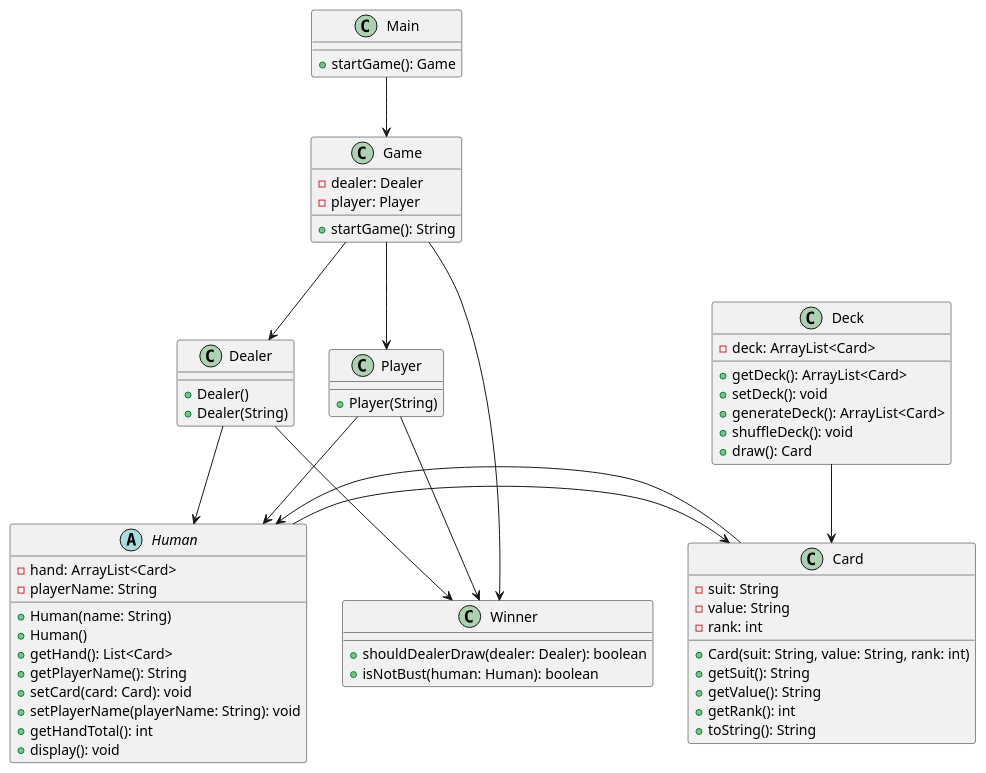
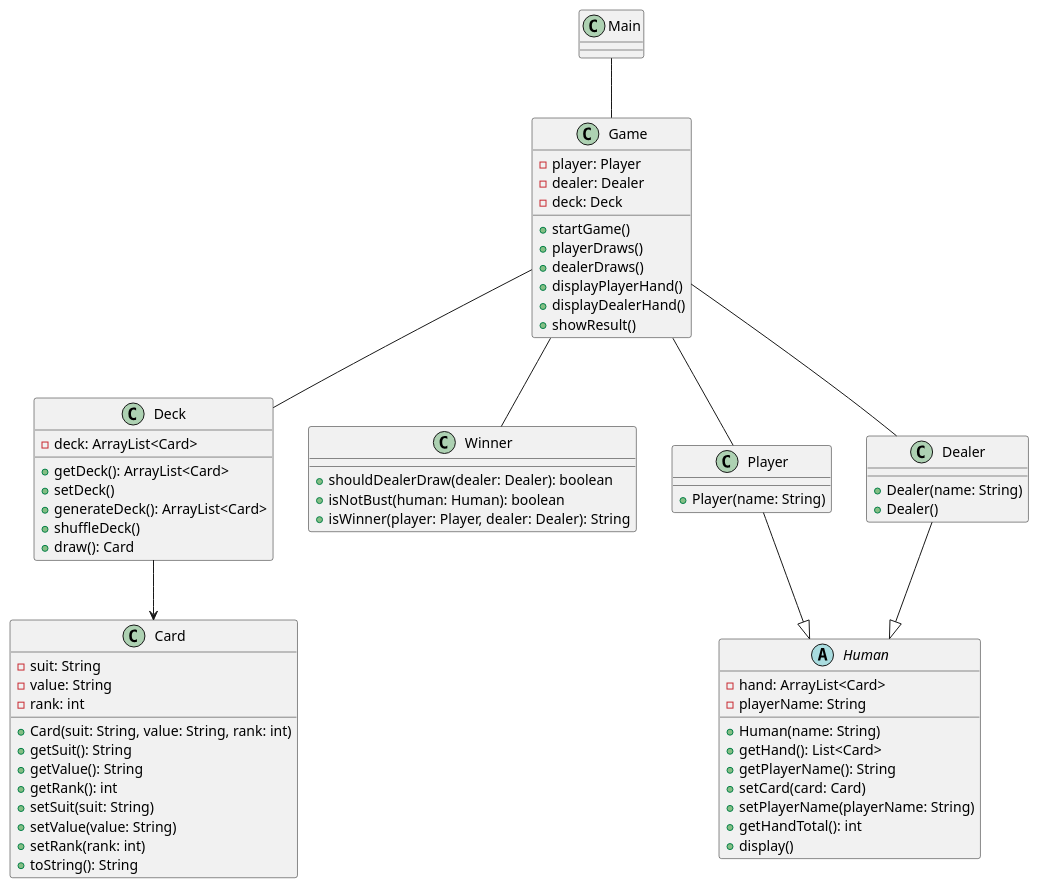
Before and after one commit to takeshi-arihori/apprentice-practice: the diagram in quests/quests_week1-2/quest_blackjack/class_diagram.pu, drawn with PlantUML. The commit also changed 13 other files, not shown here.

```diff
--- a/quests/quests_week1-2/quest_blackjack/class_diagram.pu
+++ b/quests/quests_week1-2/quest_blackjack/class_diagram.pu
@@ -1,73 +1,77 @@
 @startuml
 
 class Main {
-  + startGame(): Game
+}
+
+class Game {
+  -player: Player
+  -dealer: Dealer
+  -deck: Deck
+  +startGame()
+  +playerDraws()
+  +dealerDraws()
+  +displayPlayerHand()
+  +displayDealerHand()
+  +showResult()
 }
 
 class Card {
-    -suit: String
-    -value: String
-    -rank: int
-    +Card(suit: String, value: String, rank: int)
-    +getSuit(): String
-    +getValue(): String
-    +getRank(): int
-    +toString(): String
+  -suit: String
+  -value: String
+  -rank: int
+  +Card(suit: String, value: String, rank: int)
+  +getSuit(): String
+  +getValue(): String
+  +getRank(): int
+  +setSuit(suit: String)
+  +setValue(value: String)
+  +setRank(rank: int)
+  +toString(): String
 }
 
 class Deck {
-  - deck: ArrayList<Card>
-  + getDeck(): ArrayList<Card>
-  + setDeck(): void
-  + generateDeck(): ArrayList<Card>
-  + shuffleDeck(): void
-  + draw(): Card
+  -deck: ArrayList<Card>
+  +getDeck(): ArrayList<Card>
+  +setDeck()
+  +generateDeck(): ArrayList<Card>
+  +shuffleDeck()
+  +draw(): Card
+}
+
+class Winner {
+  +shouldDealerDraw(dealer: Dealer): boolean
+  +isNotBust(human: Human): boolean
+  +isWinner(player: Player, dealer: Dealer): String
 }
 
 abstract class Human {
-    -hand: ArrayList<Card>
-    -playerName: String
-    +Human(name: String)
-    +Human()
-    +getHand(): List<Card>
-    +getPlayerName(): String
-    +setCard(card: Card): void
-    +setPlayerName(playerName: String): void
-    +getHandTotal(): int
-    +display(): void
-}
-
-
-class Dealer {
-  +Dealer()
-  +Dealer(String)
+  -hand: ArrayList<Card>
+  -playerName: String
+  +Human(name: String)
+  +getHand(): List<Card>
+  +getPlayerName(): String
+  +setCard(card: Card)
+  +setPlayerName(playerName: String)
+  +getHandTotal(): int
+  +display()
 }
 
 class Player {
-  +Player(String)
+  +Player(name: String)
 }
 
-class Game {
-    - dealer: Dealer
-    - player: Player
-    + startGame(): String
+class Dealer {
+  +Dealer(name: String)
+  +Dealer()
 }
 
-class Winner {
-    + shouldDealerDraw(dealer: Dealer): boolean
-    + isNotBust(human: Human): boolean
-}
-
-Human -> Card
+Main -- Game
+Game -- Player
+Game -- Dealer
+Game -- Deck
+Player --|> Human
+Dealer --|> Human
+Game -- Winner
 Deck --> Card
-Main --> Game
-Card --> Human
-Dealer --> Human
-Player --> Human
-Dealer --> Winner
-Player --> Winner
-Game --> Dealer
-Game --> Player
-Game --> Winner
 
 @enduml
```
